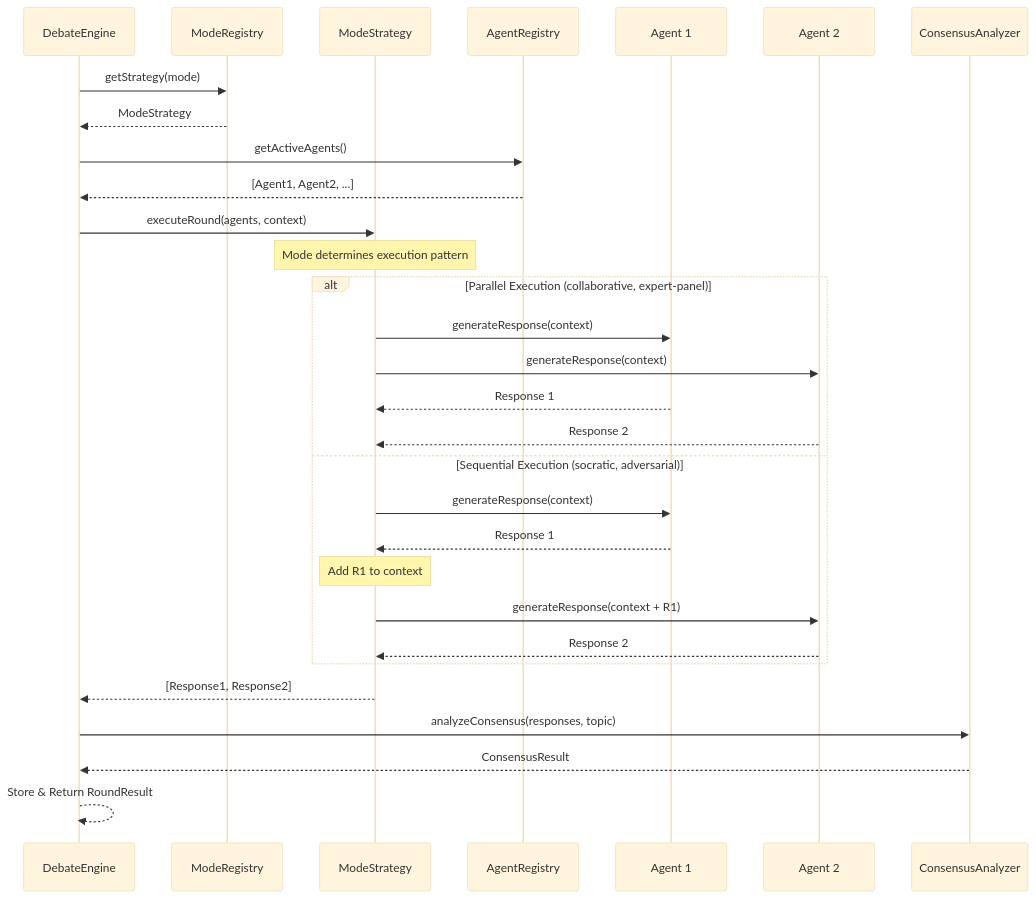
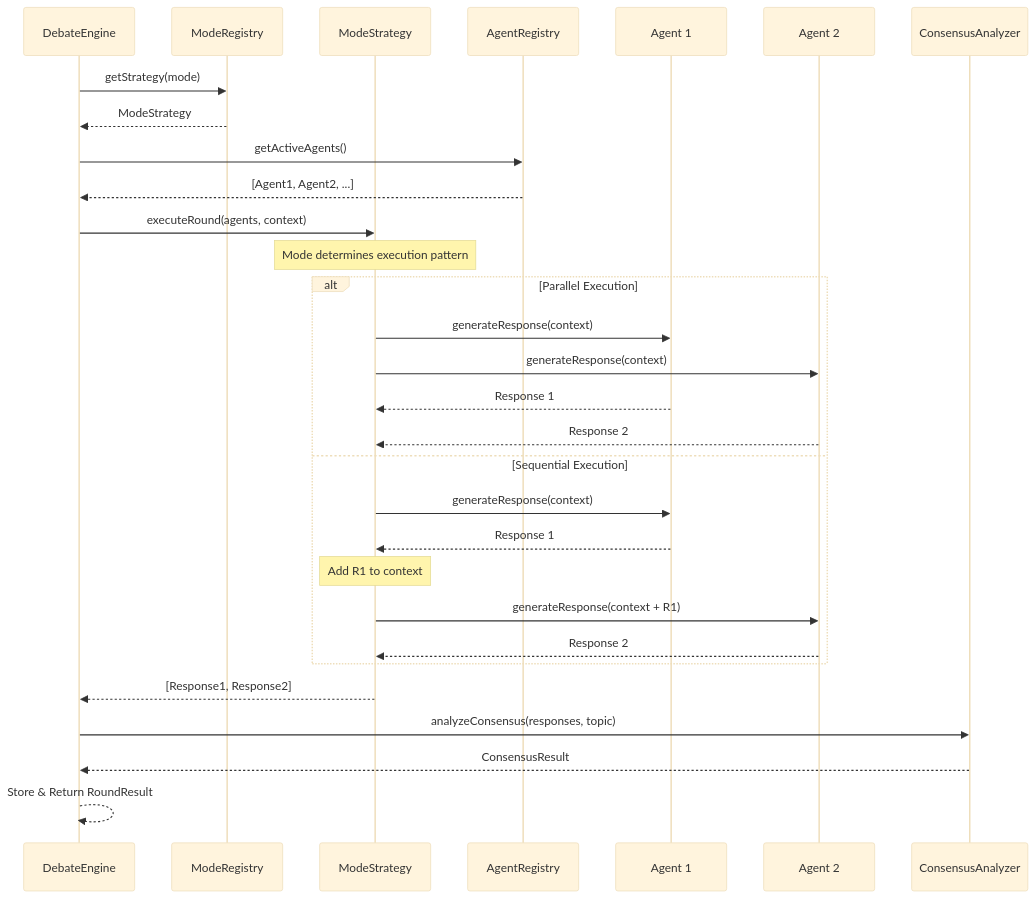
The second of 5 diagrams in docs/ARCHITECTURE.md (mnthe/ai-roundtable), drawn with Mermaid (base theme) before and after one commit. The commit also changed other lines of this file, not shown here.

Commit message:
docs: ARCHITECTURE.md 문서 업데이트 및 시각화 개선

````diff
--- a/docs/ARCHITECTURE.md
+++ b/docs/ARCHITECTURE.md
@@ -112,40 +114,40 @@
 ```mermaid
 sequenceDiagram
     participant DE as DebateEngine
     participant MR as ModeRegistry
     participant MS as ModeStrategy
     participant AR as AgentRegistry
     participant A1 as Agent 1
     participant A2 as Agent 2
     participant CA as ConsensusAnalyzer
 
     DE->>MR: getStrategy(mode)
     MR-->>DE: ModeStrategy
 
     DE->>AR: getActiveAgents()
     AR-->>DE: [Agent1, Agent2, ...]
 
     DE->>MS: executeRound(agents, context)
 
     Note over MS: Mode determines execution pattern
 
-    alt Parallel Execution (collaborative, expert-panel)
+    alt Parallel Execution
         MS->>A1: generateResponse(context)
         MS->>A2: generateResponse(context)
         A1-->>MS: Response 1
         A2-->>MS: Response 2
-    else Sequential Execution (socratic, adversarial)
+    else Sequential Execution
         MS->>A1: generateResponse(context)
         A1-->>MS: Response 1
         Note over MS: Add R1 to context
         MS->>A2: generateResponse(context + R1)
         A2-->>MS: Response 2
     end
 
     MS-->>DE: [Response1, Response2]
 
     DE->>CA: analyzeConsensus(responses, topic)
     CA-->>DE: ConsensusResult
 
     DE-->>DE: Store & Return RoundResult
 ```
````
